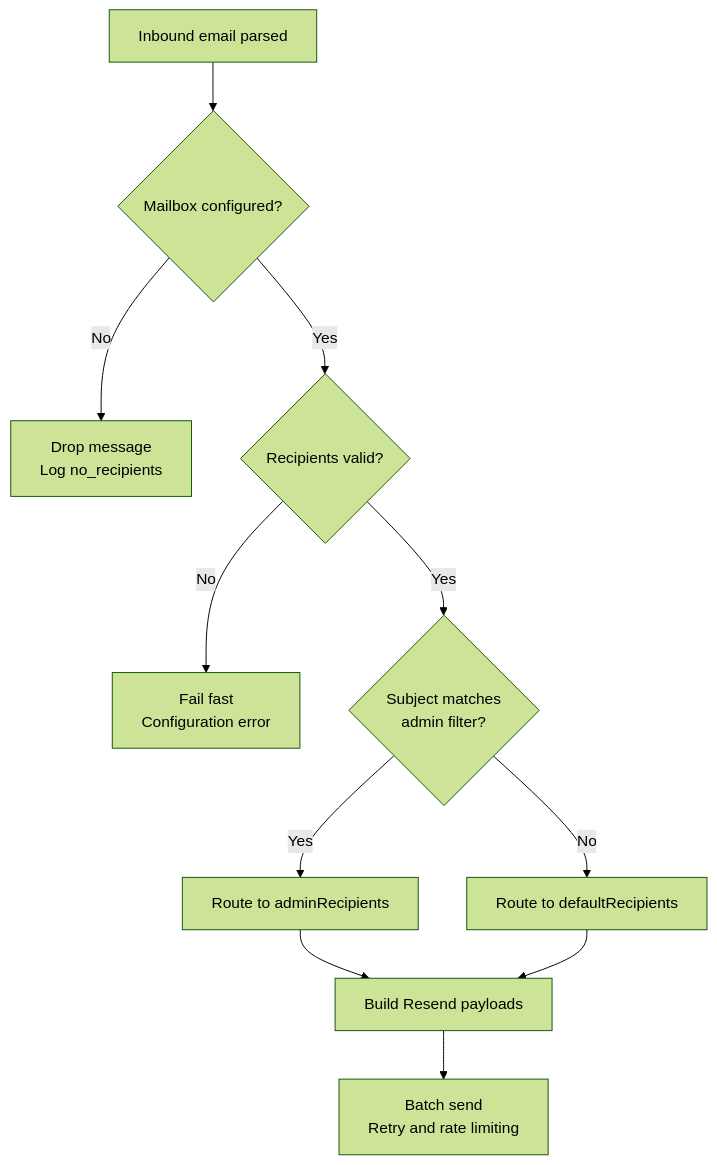
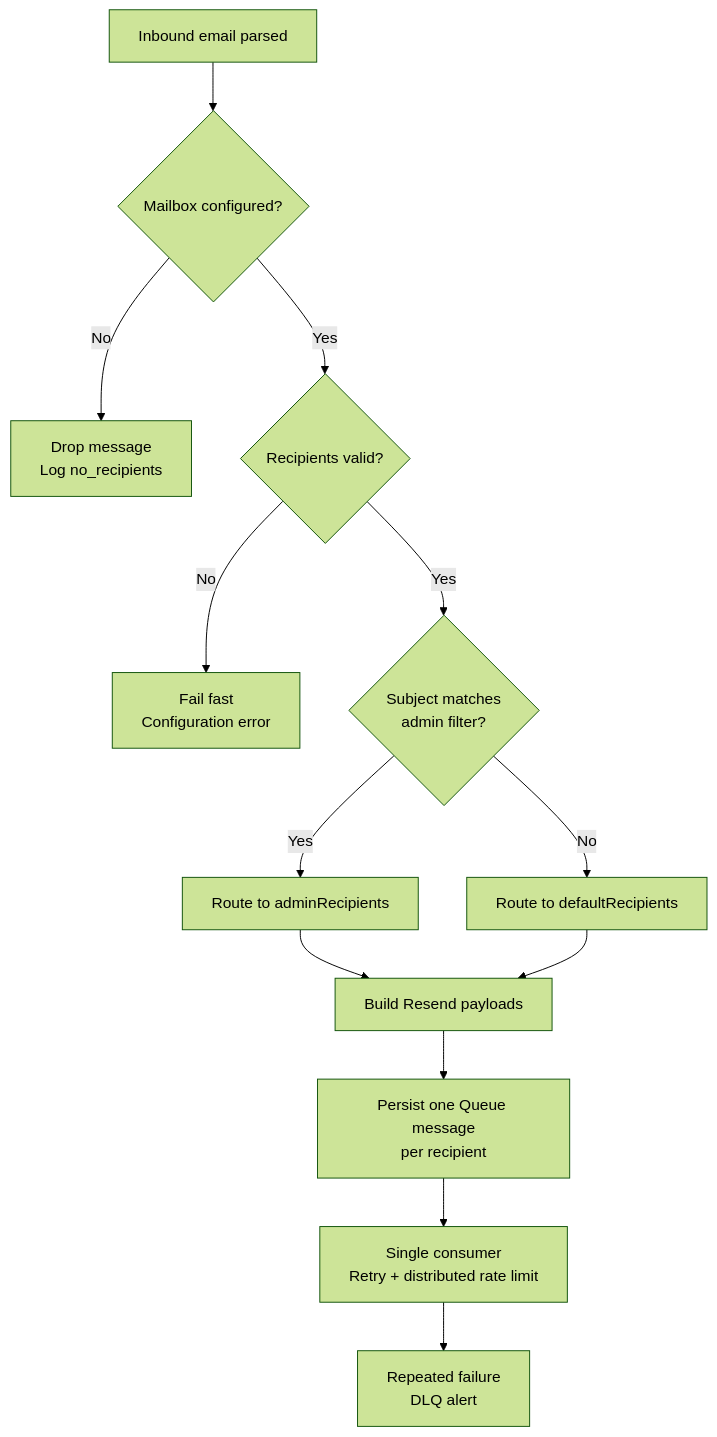
Before and after one commit to lucasfalkowski/mailbridge: the second of 2 diagrams in README.md, drawn with Mermaid (forest theme). The commit also changed other lines of this file and 18 other files, not shown here.

Commit message:
CL Queue-based email forwarding with per-recipient retries

````diff
--- a/README.md
+++ b/README.md
@@ -76,13 +82,15 @@
 ```mermaid
 flowchart TD
   start["Inbound email parsed"] --> mailbox{"Mailbox configured?"}
   mailbox -- "No" --> drop["Drop message<br/>Log no_recipients"]
   mailbox -- "Yes" --> valid{"Recipients valid?"}
   valid -- "No" --> fail["Fail fast<br/>Configuration error"]
   valid -- "Yes" --> subject{"Subject matches<br/>admin filter?"}
   subject -- "Yes" --> admin["Route to adminRecipients"]
   subject -- "No" --> default["Route to defaultRecipients"]
   admin --> payload["Build Resend payloads"]
   default --> payload
-  payload --> send["Batch send<br/>Retry and rate limiting"]
+  payload --> queue["Persist one Queue message<br/>per recipient"]
+  queue --> send["Single consumer<br/>Retry + distributed rate limit"]
+  send --> dlq["Repeated failure<br/>DLQ alert"]
 ```
````
